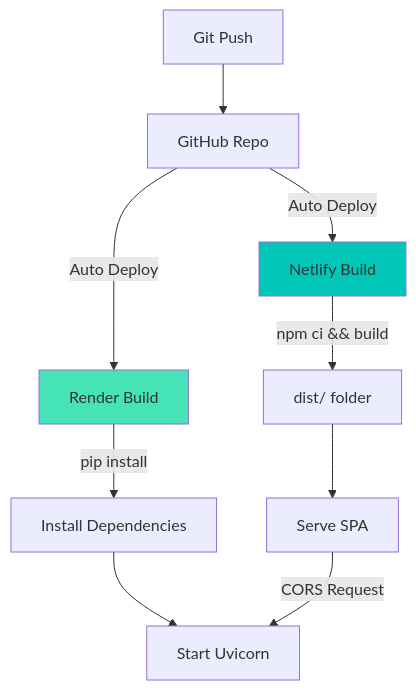
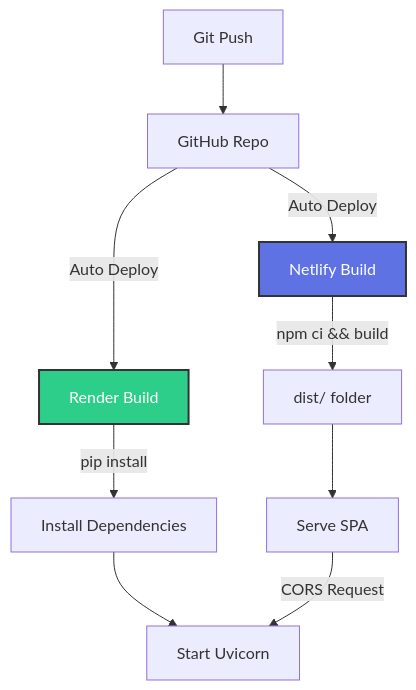
The sixth of 6 diagrams in README.md (srirammente/email-agent), drawn with Mermaid before and after one commit. The commit also changed other lines of this file, not shown here.

Commit message:
force diagram cache refresh

````diff
--- a/README.md
+++ b/README.md
@@ -454,17 +455,17 @@
 ```mermaid
 flowchart TD
     Push[Git Push] --> GitHub[GitHub Repo]
     GitHub --> |Auto Deploy| Netlify[Netlify Build]
     GitHub --> |Auto Deploy| Render[Render Build]
     
     Netlify --> |npm ci && build| NetDist[dist/ folder]
     NetDist --> NetServe[Serve SPA]
     
     Render --> |pip install| RenderDeps[Install Dependencies]
     RenderDeps --> RenderStart[Start Uvicorn]
     
     NetServe --> |CORS Request| RenderStart
     
-    style Netlify fill:#00c7b7
-    style Render fill:#46e3b7
+    style Netlify fill:#5e72e4,stroke:#333,stroke-width:2px,color:#fff
+    style Render fill:#2dce89,stroke:#333,stroke-width:2px,color:#fff
 ```
````
